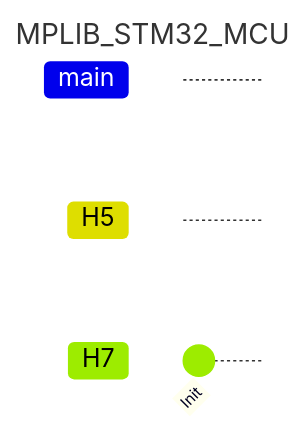
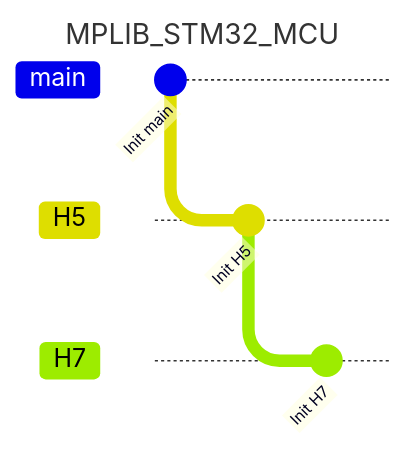
The second of 4 diagrams in README.md (packetqc/MPLIB), drawn with Mermaid before and after one commit.

````diff
--- a/README.md
+++ b/README.md
@@ -32,13 +32,13 @@
 ```mermaid
 ---
 title: MPLIB_STM32_MCU
 ---
 gitGraph
-commit id: "Init"
+commit id: "Init main"
 branch H5
 checkout H5
-commit id: "Init"
+commit id: "Init H5"
 branch H7
 checkout H7
-commit id: "Init"
+commit id: "Init H7"
 ```
````
